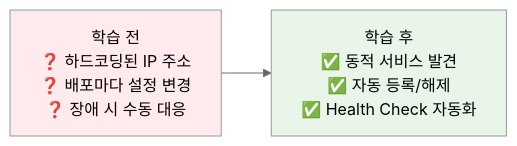
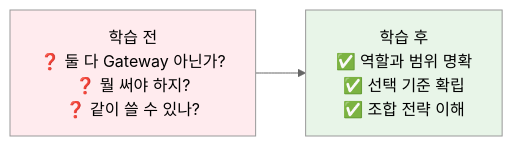
The first of 5 diagrams in theory/week_04/day2/session_2.md (niceguy61/kdt_devops_lecture_2025), drawn with Mermaid (neutral theme) before and after one commit. The commit also changed other lines of this file and 2 other files, not shown here.

````diff
--- a/theory/week_04/day2/session_2.md
+++ b/theory/week_04/day2/session_2.md
@@ -34,7 +34,7 @@
 ```mermaid
 graph LR
-    A[학습 전<br/>❓ 하드코딩된 IP 주소<br/>❓ 배포마다 설정 변경<br/>❓ 장애 시 수동 대응] --> B[학습 후<br/>✅ 동적 서비스 발견<br/>✅ 자동 등록/해제<br/>✅ Health Check 자동화]
+    A[학습 전<br/>❓ 둘 다 Gateway 아닌가?<br/>❓ 뭘 써야 하지?<br/>❓ 같이 쓸 수 있나?] --> B[학습 후<br/>✅ 역할과 범위 명확<br/>✅ 선택 기준 확립<br/>✅ 조합 전략 이해]
     
     style A fill:#ffebee
     style B fill:#e8f5e8
 ```
````
